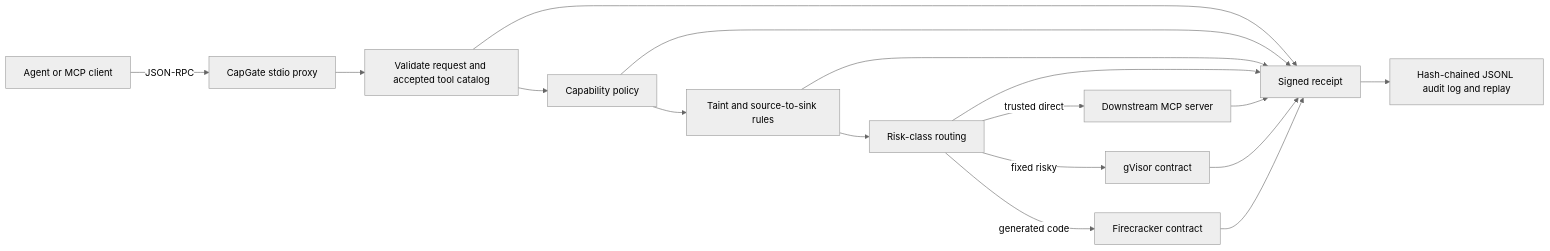
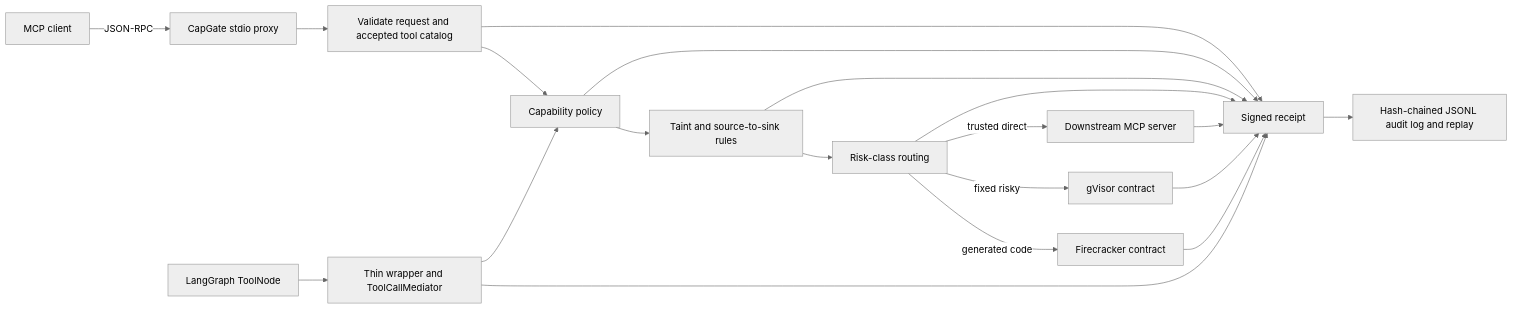
One commit to Devx228/interpose-deva changed the diagram in README.md. Above: the diagram before and after it, drawn with Mermaid (neutral theme). The commit also changed other lines of this file and 11 other files, not shown here.

````diff
--- a/README.md
+++ b/README.md
@@ -30,19 +31,22 @@
 ```mermaid
 flowchart LR
-    A[Agent or MCP client] -->|JSON-RPC| P[CapGate stdio proxy]
+    A[MCP client] -->|JSON-RPC| P[CapGate stdio proxy]
+    LG[LangGraph ToolNode] --> M[Thin wrapper and ToolCallMediator]
     P --> V[Validate request and accepted tool catalog]
     V --> C[Capability policy]
+    M --> C
     C --> T[Taint and source-to-sink rules]
     T --> R[Risk-class routing]
     R -->|trusted direct| D[Downstream MCP server]
     R -->|fixed risky| G[gVisor contract]
     R -->|generated code| F[Firecracker contract]
     V --> Q[Signed receipt]
     C --> Q
     T --> Q
     R --> Q
     D --> Q
     G --> Q
     F --> Q
+    M --> Q
     Q --> L[Hash-chained JSONL audit log and replay]
 ```
````
